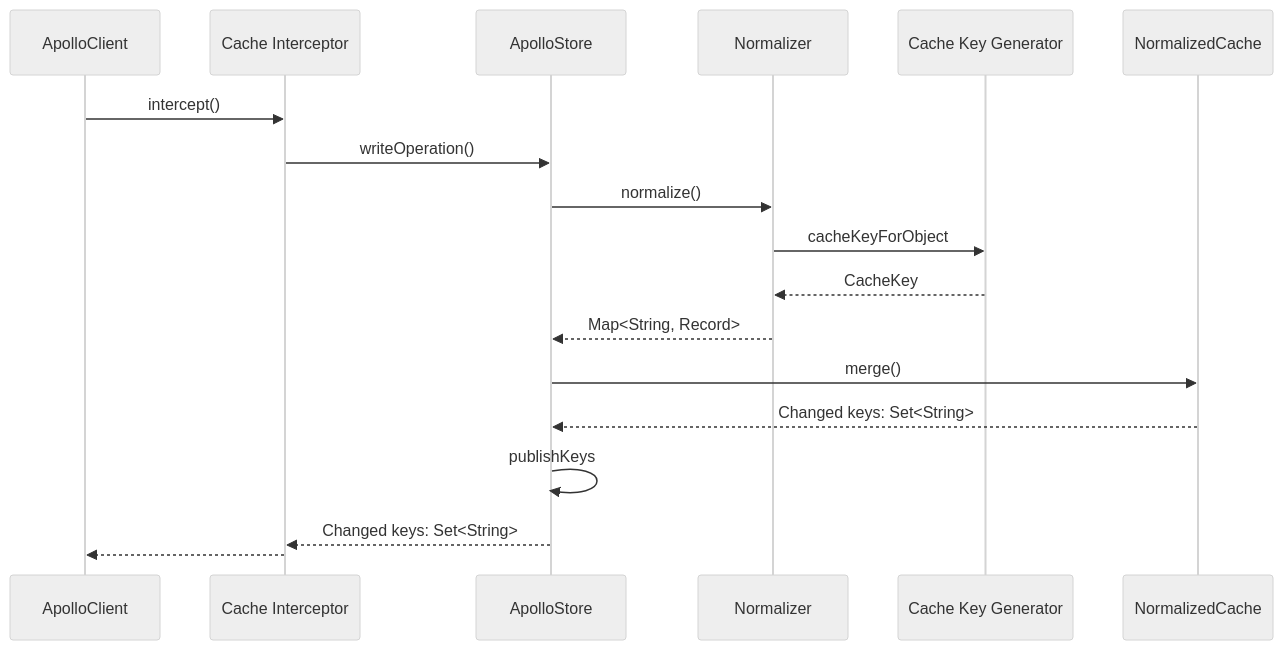
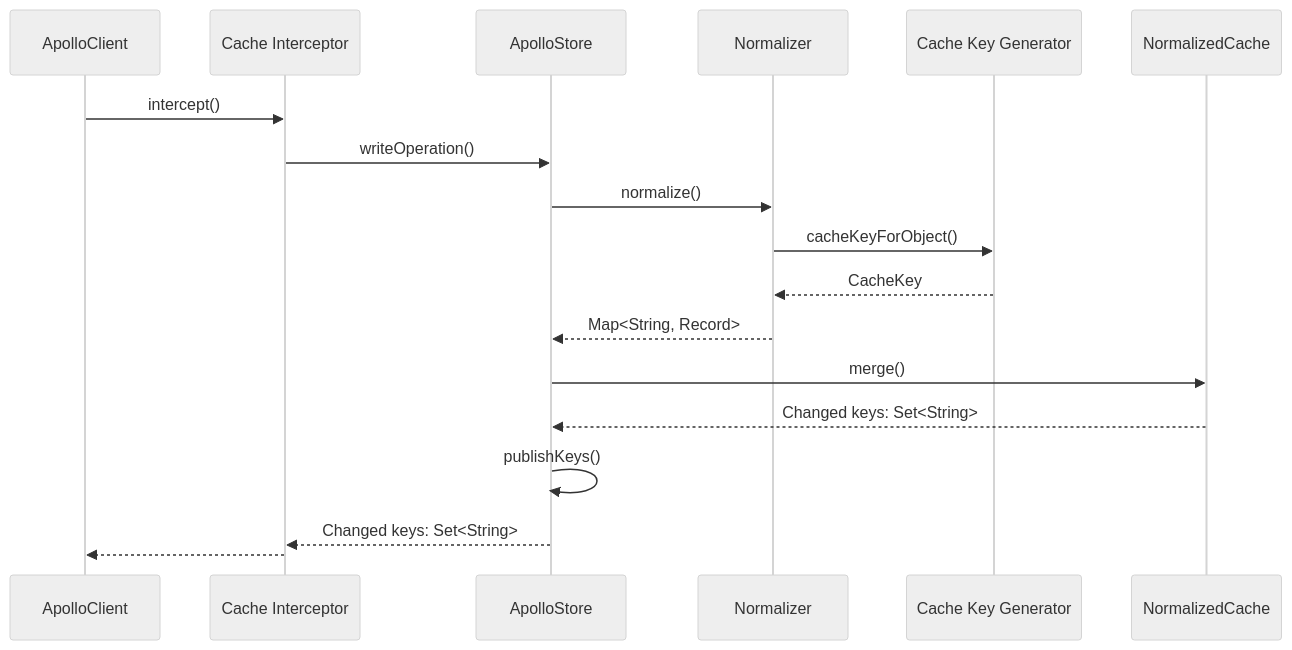
Before and after one commit to apollographql/apollo-kotlin: the second of 2 diagrams in design-docs/Normalized cache overview.md, drawn with Mermaid (neutral theme). The commit also changed other lines of this file, not shown here.

````diff
--- a/design-docs/Normalized cache overview.md
+++ b/design-docs/Normalized cache overview.md
@@ -33,19 +33,19 @@
 ```mermaid
 sequenceDiagram
 ApolloClient ->> Cache Interceptor: intercept()
 Cache Interceptor ->> ApolloStore: writeOperation()
 ApolloStore ->> Normalizer: normalize()
-Normalizer ->> Cache Key Generator: cacheKeyForObject
+Normalizer ->> Cache Key Generator: cacheKeyForObject()
 
 Cache Key Generator -->> Normalizer: CacheKey
 Normalizer -->> ApolloStore: Map<String, Record>
 
 ApolloStore ->> NormalizedCache: merge()
 NormalizedCache -->> ApolloStore: Changed keys: Set<String>
-ApolloStore ->> ApolloStore: publishKeys
+ApolloStore ->> ApolloStore: publishKeys()
 
 ApolloStore -->> Cache Interceptor: Changed keys: Set<String>
 
 Cache Interceptor -->> ApolloClient: 
 
 ```
````
